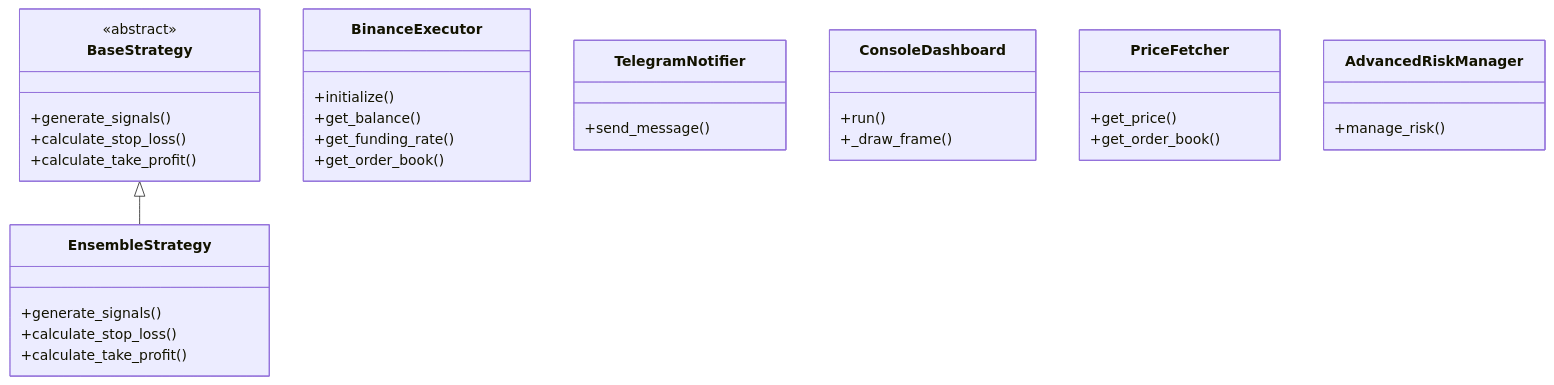
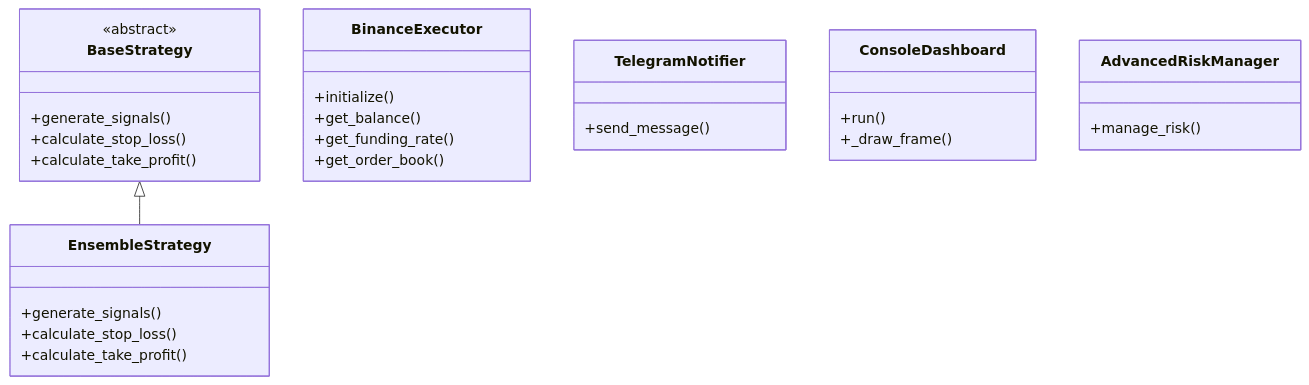
One commit to cluster2600/ELVIS changed the second of 2 diagrams in README.md. Above: the diagram before and after it, drawn with Mermaid. The commit also changed other lines of this file and 11 other files, not shown here.

````diff
--- a/README.md
+++ b/README.md
@@ -238,42 +188,37 @@
 ```mermaid
 classDiagram
     class BaseStrategy {
         <<abstract>>
         +generate_signals()
         +calculate_stop_loss()
         +calculate_take_profit()
     }
 
     class EnsembleStrategy {
         +generate_signals()
         +calculate_stop_loss()
         +calculate_take_profit()
     }
 
     BaseStrategy <|-- EnsembleStrategy
 
     class BinanceExecutor {
         +initialize()
         +get_balance()
         +get_funding_rate()
         +get_order_book()
     }
 
     class TelegramNotifier {
         +send_message()
     }
 
     class ConsoleDashboard {
         +run()
         +_draw_frame()
     }
 
-    class PriceFetcher {
-        +get_price()
-        +get_order_book()
-    }
-
     class AdvancedRiskManager {
         +manage_risk()
     }
 ```
````
